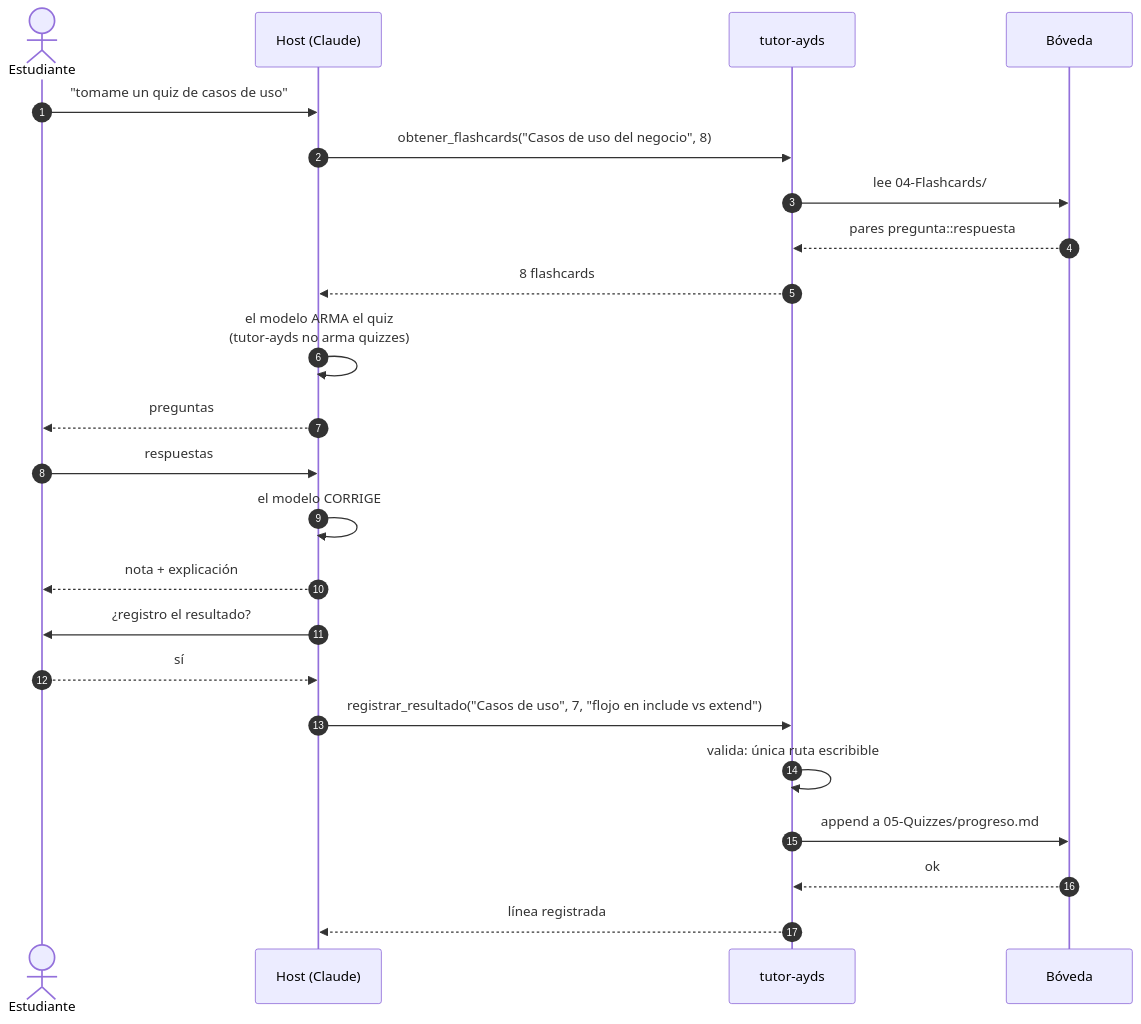
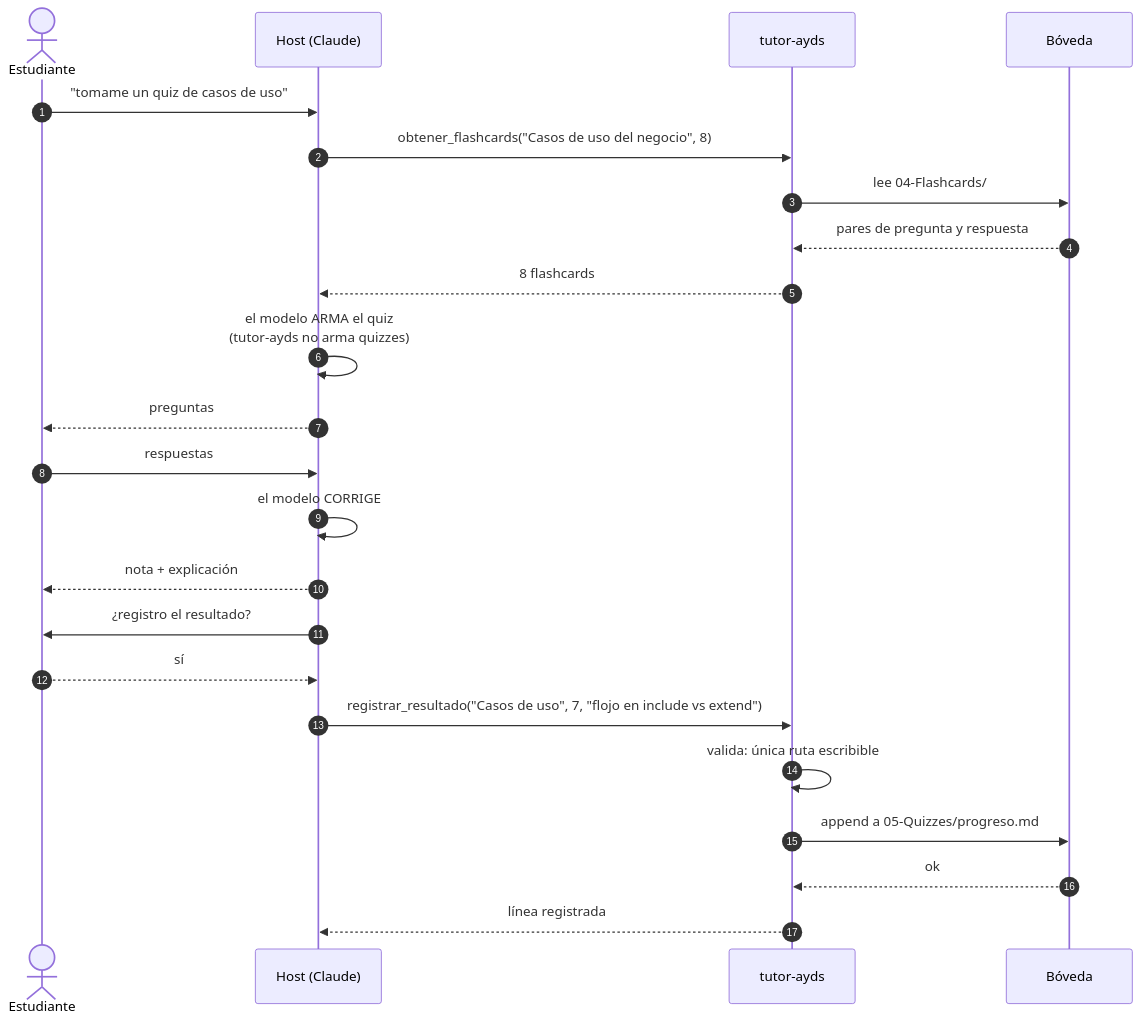
One commit to Santiago78op/MCP-AYD changed the fifth of 5 diagrams in boveda/06-Proyecto-MCP/diseño.md. Above: the diagram before and after it, drawn with Mermaid. The commit also changed other lines of this file and 7 other files, not shown here.

````diff
--- a/boveda/06-Proyecto-MCP/diseño.md
+++ b/boveda/06-Proyecto-MCP/diseño.md
@@ -311,26 +311,26 @@
 ```mermaid
 sequenceDiagram
     autonumber
     actor EST as Estudiante
     participant HOST as Host (Claude)
     participant TA as tutor-ayds
     participant FS as Bóveda
 
     EST->>HOST: "tomame un quiz de casos de uso"
     HOST->>TA: obtener_flashcards("Casos de uso del negocio", 8)
     TA->>FS: lee 04-Flashcards/
-    FS-->>TA: pares pregunta::respuesta
+    FS-->>TA: pares de pregunta y respuesta
     TA-->>HOST: 8 flashcards
     HOST->>HOST: el modelo ARMA el quiz<br/>(tutor-ayds no arma quizzes)
     HOST-->>EST: preguntas
     EST->>HOST: respuestas
     HOST->>HOST: el modelo CORRIGE
     HOST-->>EST: nota + explicación
     HOST->>EST: ¿registro el resultado?
     EST-->>HOST: sí
     HOST->>TA: registrar_resultado("Casos de uso", 7, "flojo en include vs extend")
     TA->>TA: valida: única ruta escribible
     TA->>FS: append a 05-Quizzes/progreso.md
     FS-->>TA: ok
     TA-->>HOST: línea registrada
 ```
````
